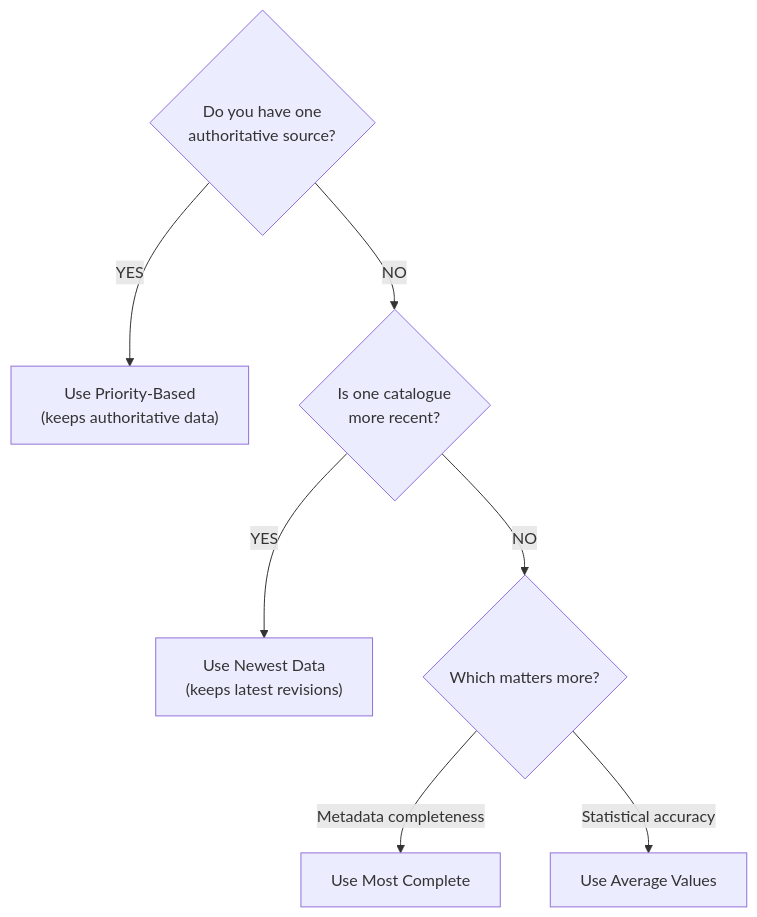
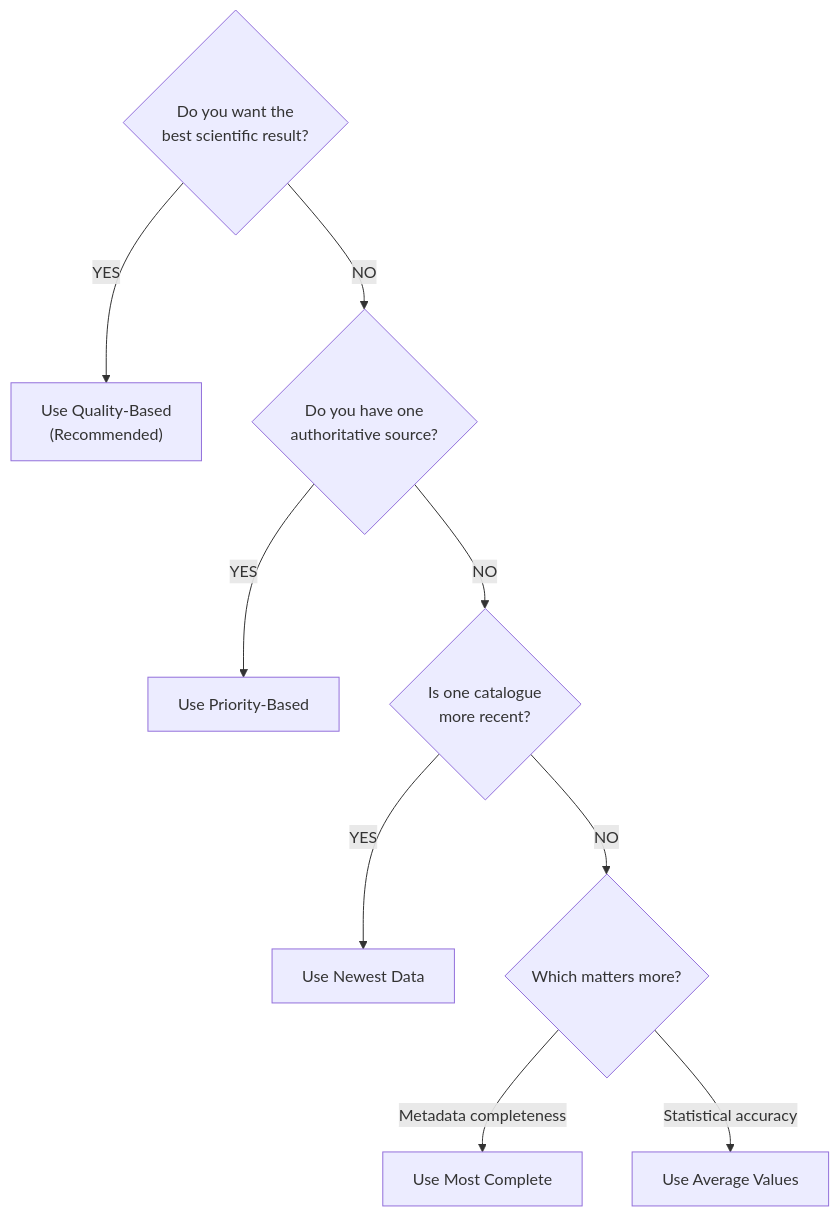
One commit to KennyGraham1/catalogofcatalogs changed the second of 5 diagrams in docs/source/user-guide/merging-catalogues.rst. Above: the diagram before and after it, drawn with Mermaid. The commit also changed other lines of this file and 2 other files, not shown here.

Commit message:
feat: add Quality-Based merge strategy and enhance documentation with new algorithms and validation workflows

```diff
--- a/docs/source/user-guide/merging-catalogues.rst
+++ b/docs/source/user-guide/merging-catalogues.rst
@@ -120,11 +120,14 @@
 .. mermaid::
 
    flowchart TD
-       Start{"Do you have one<br/>authoritative source?"} -- YES --> Priority["Use Priority-Based<br/>(keeps authoritative data)"]
-       Start -- NO --> Recent{"Is one catalogue<br/>more recent?"}
+       Start{"Do you want the<br/>best scientific result?"} -- YES --> Quality["Use Quality-Based<br/>(Recommended)"]
+       Start -- NO --> Auth{"Do you have one<br/>authoritative source?"}
        
-       Recent -- YES --> Newest["Use Newest Data<br/>(keeps latest revisions)"]
+       Auth -- YES --> Priority["Use Priority-Based"]
+       Auth -- NO --> Recent{"Is one catalogue<br/>more recent?"}
+       
+       Recent -- YES --> Newest["Use Newest Data"]
        Recent -- NO --> Matter{"Which matters more?"}
        
        Matter -- "Metadata completeness" --> Complete["Use Most Complete"]
        Matter -- "Statistical accuracy" --> Average["Use Average Values"]
```
